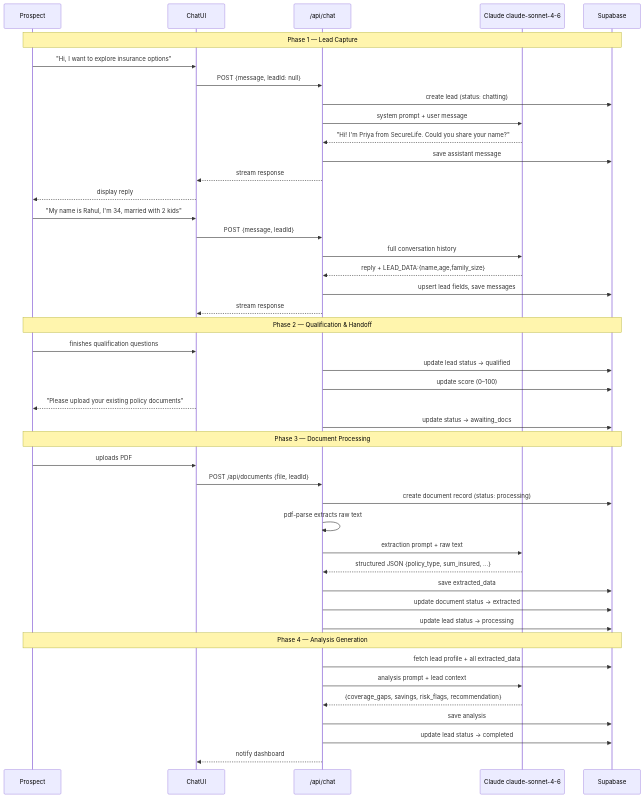
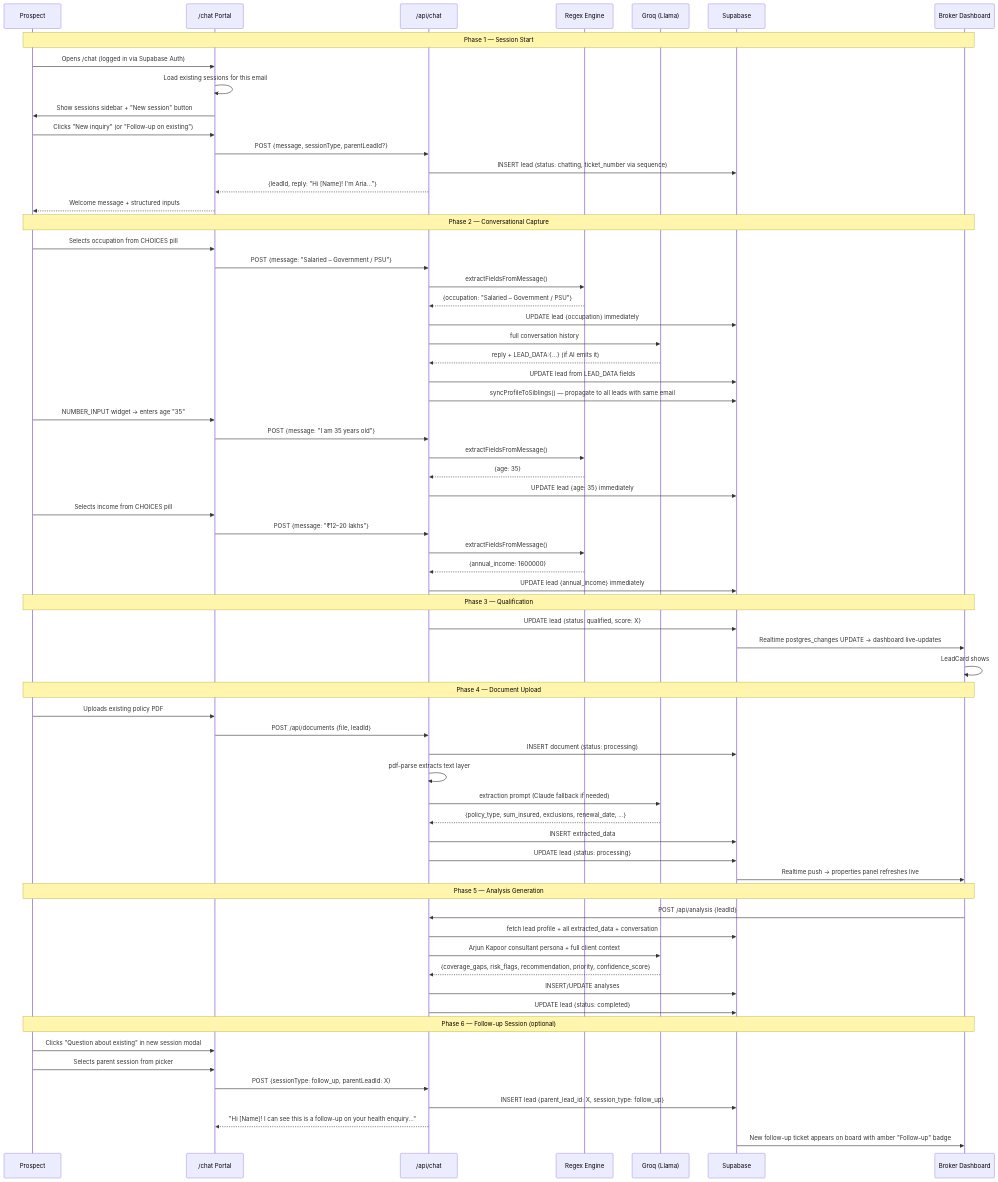
Before and after one commit to onyxmytrojin/securelife-crm: the diagram in diagrams/lead-flow.mmd, drawn with Mermaid. The commit also changed 7 other files, not shown here.

First line of the commit message:
docs: update diagrams + schema + add auto-doc GitHub Actions workflow

```diff
--- a/diagrams/lead-flow.mmd
+++ b/diagrams/lead-flow.mmd
@@ -1,49 +1,73 @@
 sequenceDiagram
     participant U as Prospect
-    participant Chat as ChatUI
+    participant Portal as /chat Portal
     participant API as /api/chat
-    participant Claude as Claude claude-sonnet-4-6
+    participant Regex as Regex Engine
+    participant Groq as Groq (Llama)
     participant DB as Supabase
+    participant Broker as Broker Dashboard
 
-    Note over U,DB: Phase 1 — Lead Capture
-    U->>Chat: "Hi, I want to explore insurance options"
-    Chat->>API: POST {message, leadId: null}
-    API->>DB: create lead (status: chatting)
-    API->>Claude: system prompt + user message
-    Claude-->>API: "Hi! I'm Priya from SecureLife. Could you share your name?"
-    API->>DB: save assistant message
-    API-->>Chat: stream response
-    Chat-->>U: display reply
+    Note over U,Broker: Phase 1 — Session Start
+    U->>Portal: Opens /chat (logged in via Supabase Auth)
+    Portal->>Portal: Load existing sessions for this email
+    Portal->>U: Show sessions sidebar + "New session" button
+    U->>Portal: Clicks "New inquiry" (or "Follow-up on existing")
+    Portal->>API: POST {message, sessionType, parentLeadId?}
+    API->>DB: INSERT lead (status: chatting, ticket_number via sequence)
+    API-->>Portal: {leadId, reply: "Hi [Name]! I'm Aria..."}
+    Portal-->>U: Welcome message + structured inputs
 
-    U->>Chat: "My name is Rahul, I'm 34, married with 2 kids"
-    Chat->>API: POST {message, leadId}
-    API->>Claude: full conversation history
-    Claude-->>API: reply + LEAD_DATA:{name,age,family_size}
-    API->>DB: upsert lead fields, save messages
-    API-->>Chat: stream response
+    Note over U,Broker: Phase 2 — Conversational Capture
+    U->>Portal: Selects occupation from CHOICES pill
+    Portal->>API: POST {message: "Salaried – Government / PSU"}
+    API->>Regex: extractFieldsFromMessage()
+    Regex-->>API: {occupation: "Salaried – Government / PSU"}
+    API->>DB: UPDATE lead {occupation} immediately
+    API->>Groq: full conversation history
+    Groq-->>API: reply + LEAD_DATA:{...} (if AI emits it)
+    API->>DB: UPDATE lead from LEAD_DATA fields
+    API->>DB: syncProfileToSiblings() — propagate to all leads with same email
 
-    Note over U,DB: Phase 2 — Qualification & Handoff
-    U->>Chat: finishes qualification questions
-    API->>DB: update lead status → qualified
-    API->>DB: update score (0–100)
-    Chat-->>U: "Please upload your existing policy documents"
-    API->>DB: update status → awaiting_docs
+    U->>Portal: NUMBER_INPUT widget → enters age "35"
+    Portal->>API: POST {message: "I am 35 years old"}
+    API->>Regex: extractFieldsFromMessage()
+    Regex-->>API: {age: 35}
+    API->>DB: UPDATE lead {age: 35} immediately
 
-    Note over U,DB: Phase 3 — Document Processing
-    U->>Chat: uploads PDF
-    Chat->>API: POST /api/documents {file, leadId}
-    API->>DB: create document record (status: processing)
-    API->>API: pdf-parse extracts raw text
-    API->>Claude: extraction prompt + raw text
-    Claude-->>API: structured JSON {policy_type, sum_insured, ...}
-    API->>DB: save extracted_data
-    API->>DB: update document status → extracted
-    API->>DB: update lead status → processing
+    U->>Portal: Selects income from CHOICES pill
+    Portal->>API: POST {message: "₹12–20 lakhs"}
+    API->>Regex: extractFieldsFromMessage()
+    Regex-->>API: {annual_income: 1600000}
+    API->>DB: UPDATE lead {annual_income} immediately
 
-    Note over U,DB: Phase 4 — Analysis Generation
-    API->>DB: fetch lead profile + all extracted_data
-    API->>Claude: analysis prompt + lead context
-    Claude-->>API: {coverage_gaps, savings, risk_flags, recommendation}
-    API->>DB: save analysis
-    API->>DB: update lead status → completed
-    API-->>Chat: notify dashboard
+    Note over U,Broker: Phase 3 — Qualification
+    API->>DB: UPDATE lead {status: qualified, score: X}
+    DB->>Broker: Realtime postgres_changes UPDATE → dashboard live-updates
+    Broker->>Broker: LeadCard shows #0003 ticket + score
+
+    Note over U,Broker: Phase 4 — Document Upload
+    U->>Portal: Uploads existing policy PDF
+    Portal->>API: POST /api/documents {file, leadId}
+    API->>DB: INSERT document (status: processing)
+    API->>API: pdf-parse extracts text layer
+    API->>Groq: extraction prompt (Claude fallback if needed)
+    Groq-->>API: {policy_type, sum_insured, exclusions, renewal_date, ...}
+    API->>DB: INSERT extracted_data
+    API->>DB: UPDATE lead {status: processing}
+    DB->>Broker: Realtime push → properties panel refreshes live
+
+    Note over U,Broker: Phase 5 — Analysis Generation
+    Broker->>API: POST /api/analysis {leadId}
+    API->>DB: fetch lead profile + all extracted_data + conversation
+    API->>Groq: Arjun Kapoor consultant persona + full client context
+    Groq-->>API: {coverage_gaps, risk_flags, recommendation, priority, confidence_score}
+    API->>DB: INSERT/UPDATE analyses
+    API->>DB: UPDATE lead {status: completed}
+
+    Note over U,Broker: Phase 6 — Follow-up Session (optional)
+    U->>Portal: Clicks "Question about existing" in new session modal
+    U->>Portal: Selects parent session from picker
+    Portal->>API: POST {sessionType: follow_up, parentLeadId: X}
+    API->>DB: INSERT lead {parent_lead_id: X, session_type: follow_up}
+    API-->>Portal: "Hi [Name]! I can see this is a follow-up on your health enquiry..."
+    DB->>Broker: New follow-up ticket appears on board with amber "Follow-up" badge
```
